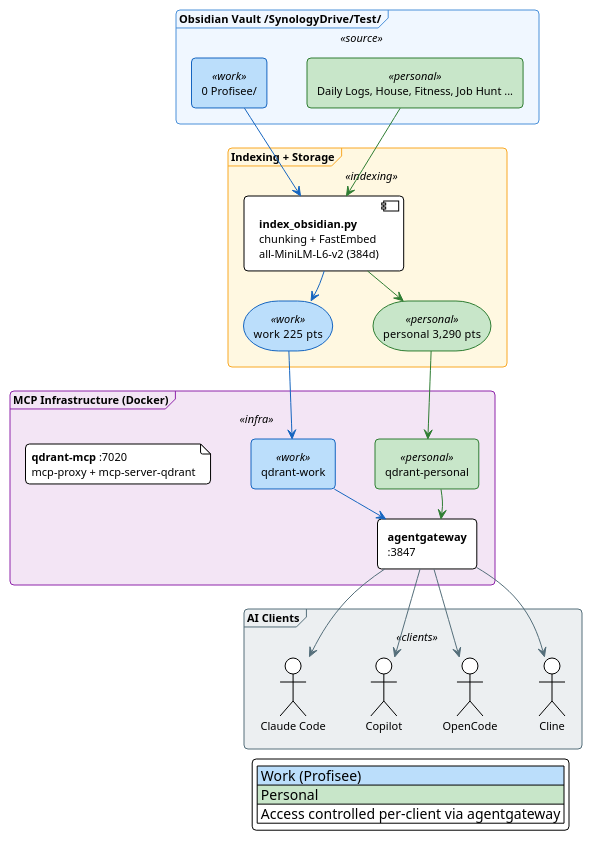
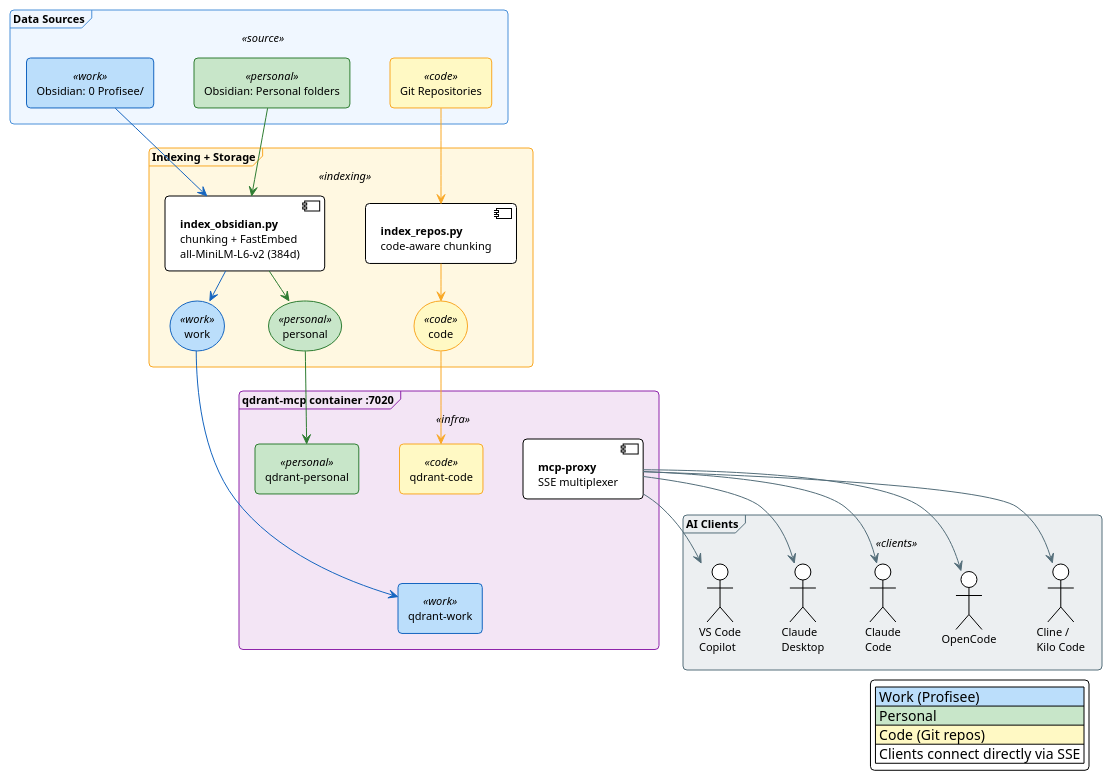
The diagram in mcps/qdrant-mcp/README.md (bobthearsonist/ai-infrastructure), drawn with PlantUML before and after one commit. The commit also changed other lines of this file and 2 other files, not shown here.

First line of the commit message:
docs: update documentation for qdrant-mcp and cross-platform client config

```diff
--- a/mcps/qdrant-mcp/README.md
+++ b/mcps/qdrant-mcp/README.md
@@ -15,8 +15,6 @@
 skinparam packageStyle frame
 skinparam nodesep 40
 skinparam ranksep 30
-
-' Top-down flow (layered architecture)
 
 ' -- Color palette --
 skinparam package {
@@ -35,6 +33,8 @@
   BorderColor<<work>> #1565C0
   BackgroundColor<<personal>> #C8E6C9
   BorderColor<<personal>> #2E7D32
+  BackgroundColor<<code>> #FFF9C4
+  BorderColor<<code>> #F9A825
 }
 
 skinparam storage {
@@ -42,15 +42,19 @@
   BorderColor<<work>> #1565C0
   BackgroundColor<<personal>> #C8E6C9
   BorderColor<<personal>> #2E7D32
+  BackgroundColor<<code>> #FFF9C4
+  BorderColor<<code>> #F9A825
 }
 
 ' ══════════════════════════════════════
-' LAYER 1: DATA SOURCE
+' LAYER 1: DATA SOURCES
 ' ══════════════════════════════════════
-package "Obsidian Vault  ~/SynologyDrive/Test/" <<source>> {
-  rectangle "0 Profisee/" <<work>> as profisee
-  rectangle "Daily Logs, House, Fitness, Job Hunt ..." <<personal>> as personal_files
+package "Data Sources" <<source>> {
+  rectangle "Obsidian: 0 Profisee/" <<work>> as profisee
+  rectangle "Obsidian: Personal folders" <<personal>> as personal_files
+  rectangle "Git Repositories" <<code>> as repos
   profisee -[hidden]right- personal_files
+  personal_files -[hidden]right- repos
 }
 
 ' ══════════════════════════════════════
@@ -58,66 +62,70 @@
 ' ══════════════════════════════════════
 package "Indexing + Storage" <<indexing>> {
   component "**index_obsidian.py**\nchunking + FastEmbed\nall-MiniLM-L6-v2 (384d)" as indexer
-  storage "work  225 pts" <<work>> as work_col
-  storage "personal  3,290 pts" <<personal>> as personal_col
-  indexer -[hidden]right- work_col
-  work_col -[hidden]right- personal_col
+  component "**index_repos.py**\ncode-aware chunking" as repo_indexer
+  storage "work" <<work>> as work_col
+  storage "personal" <<personal>> as personal_col
+  storage "code" <<code>> as code_col
+  indexer -[hidden]right- repo_indexer
 }
 
 ' ══════════════════════════════════════
 ' LAYER 3: MCP INFRASTRUCTURE
 ' ══════════════════════════════════════
-package "MCP Infrastructure (Docker)" <<infra>> {
+package "qdrant-mcp container :7020" <<infra>> {
+  component "**mcp-proxy**\nSSE multiplexer" as proxy
   rectangle "qdrant-work" <<work>> as work_sse
   rectangle "qdrant-personal" <<personal>> as personal_sse
-  rectangle "**agentgateway**\n:3847" as agw
-  work_sse -[hidden]right- personal_sse
-  personal_sse -[hidden]right- agw
-  note as mcp_note
-    **qdrant-mcp** :7020
-    mcp-proxy + mcp-server-qdrant
-  end note
+  rectangle "qdrant-code" <<code>> as code_sse
+  proxy -[hidden]down- work_sse
 }
 
 ' ══════════════════════════════════════
 ' LAYER 4: AI CLIENTS
 ' ══════════════════════════════════════
 package "AI Clients" <<clients>> {
-  actor "Claude Code" as claude
-  actor "Copilot" as copilot
+  actor "VS Code\nCopilot" as copilot
+  actor "Claude\nDesktop" as claude_desktop
+  actor "Claude\nCode" as claude_code
   actor "OpenCode" as opencode
-  actor "Cline" as cline
-  claude -[hidden]right- copilot
-  copilot -[hidden]right- opencode
+  actor "Cline /\nKilo Code" as cline
+  copilot -[hidden]right- claude_desktop
+  claude_desktop -[hidden]right- claude_code
+  claude_code -[hidden]right- opencode
   opencode -[hidden]right- cline
 }
 
 ' ══════════════════════════════════════
-' CONNECTIONS (top-down between layers)
+' CONNECTIONS
 ' ══════════════════════════════════════
 
-' Layer 1 → Layer 2: Indexing flow
+' Layer 1 → Layer 2
 profisee -[#1565C0]down-> indexer
 personal_files -[#2E7D32]down-> indexer
+repos -[#F9A825]down-> repo_indexer
+
+' Indexers → Storage
 indexer -[#1565C0]down-> work_col
 indexer -[#2E7D32]down-> personal_col
+repo_indexer -[#F9A825]down-> code_col
 
-' Layer 2 → Layer 3: Query flow
+' Layer 2 → Layer 3
 work_col -[#1565C0]down-> work_sse
 personal_col -[#2E7D32]down-> personal_sse
-work_sse -[#1565C0]down-> agw
-personal_sse -[#2E7D32]down-> agw
+code_col -[#F9A825]down-> code_sse
 
-' Layer 3 → Layer 4: Client access
-agw -[#546E7A]down-> claude
-agw -[#546E7A]down-> copilot
-agw -[#546E7A]down-> opencode
-agw -[#546E7A]down-> cline
+' Layer 3 → Layer 4: Direct SSE access
+proxy -[#546E7A]down-> copilot
+proxy -[#546E7A]down-> claude_desktop
+proxy -[#546E7A]down-> claude_code
+proxy -[#546E7A]down-> opencode
+proxy -[#546E7A]down-> cline
 
 legend bottom right
   |<#BBDEFB> Work (Profisee) |
   |<#C8E6C9> Personal |
-  | Access controlled per-client via agentgateway |
+  |<#FFF9C4> Code (Git repos) |
+  | Clients connect directly via SSE |
 end legend
 
 @enduml
```
